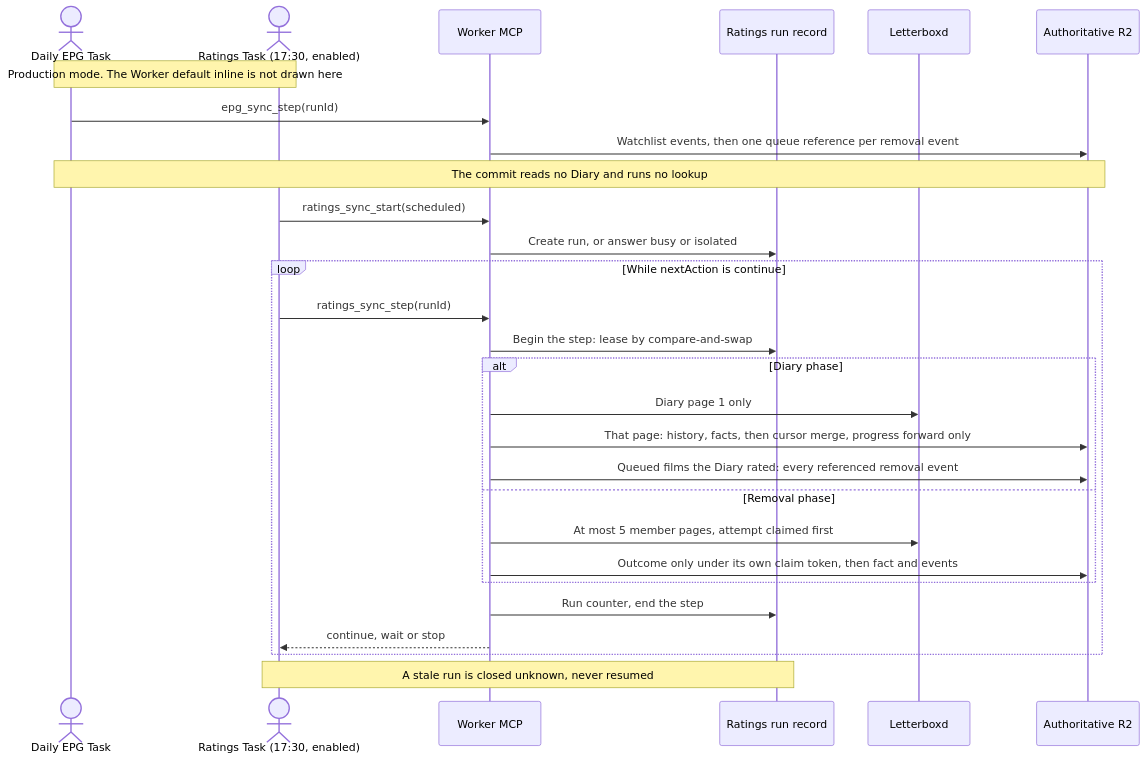
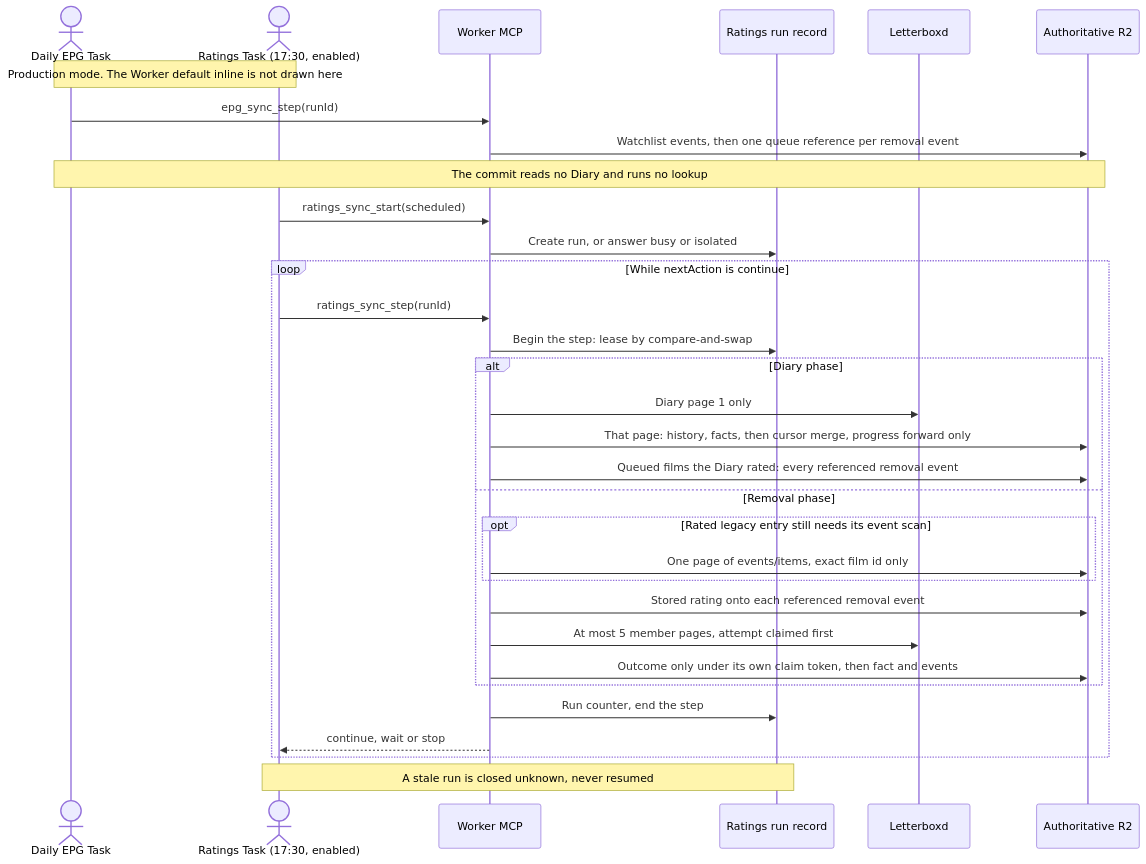
Before and after one commit to vladimino/iptv-watchlist: the second of 3 diagrams in docs/architecture/scheduling-and-orchestration.md, drawn with Mermaid. The commit also changed other lines of this file and 16 other files, not shown here.

First line of the commit message:
Link rated legacy removal entries to existing events

````diff
--- a/docs/architecture/scheduling-and-orchestration.md
+++ b/docs/architecture/scheduling-and-orchestration.md
@@ -107,30 +107,34 @@
 ```mermaid
 sequenceDiagram
     actor Daily as Daily EPG Task
     actor Ratings as Ratings Task (17:30, enabled)
     Note over Daily,Ratings: Production mode. The Worker default inline is not drawn here
     participant MCP as Worker MCP
     participant Run as Ratings run record
     participant LB as Letterboxd
     participant R2 as Authoritative R2
     Daily->>MCP: epg_sync_step(runId)
     MCP->>R2: Watchlist events, then one queue reference per removal event
     Note over Daily,R2: The commit reads no Diary and runs no lookup
     Ratings->>MCP: ratings_sync_start(scheduled)
     MCP->>Run: Create run, or answer busy or isolated
     loop While nextAction is continue
         Ratings->>MCP: ratings_sync_step(runId)
         MCP->>Run: Begin the step: lease by compare-and-swap
         alt Diary phase
             MCP->>LB: Diary page 1 only
             MCP->>R2: That page: history, facts, then cursor merge, progress forward only
             MCP->>R2: Queued films the Diary rated: every referenced removal event
         else Removal phase
+            opt Rated legacy entry still needs its event scan
+                MCP->>R2: One page of events/items, exact film id only
+            end
+            MCP->>R2: Stored rating onto each referenced removal event
             MCP->>LB: At most 5 member pages, attempt claimed first
             MCP->>R2: Outcome only under its own claim token, then fact and events
         end
         MCP->>Run: Run counter, end the step
         MCP-->>Ratings: continue, wait or stop
     end
     Note over Ratings,Run: A stale run is closed unknown, never resumed
 ```
````
